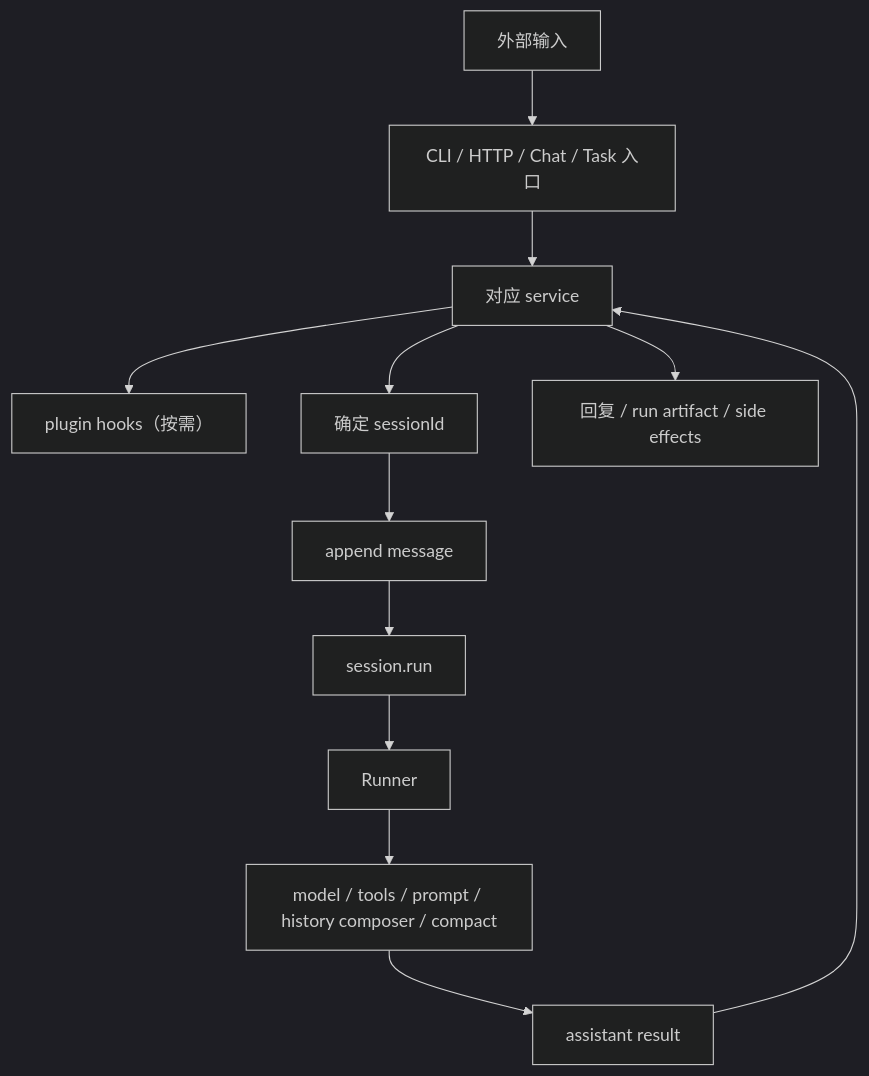
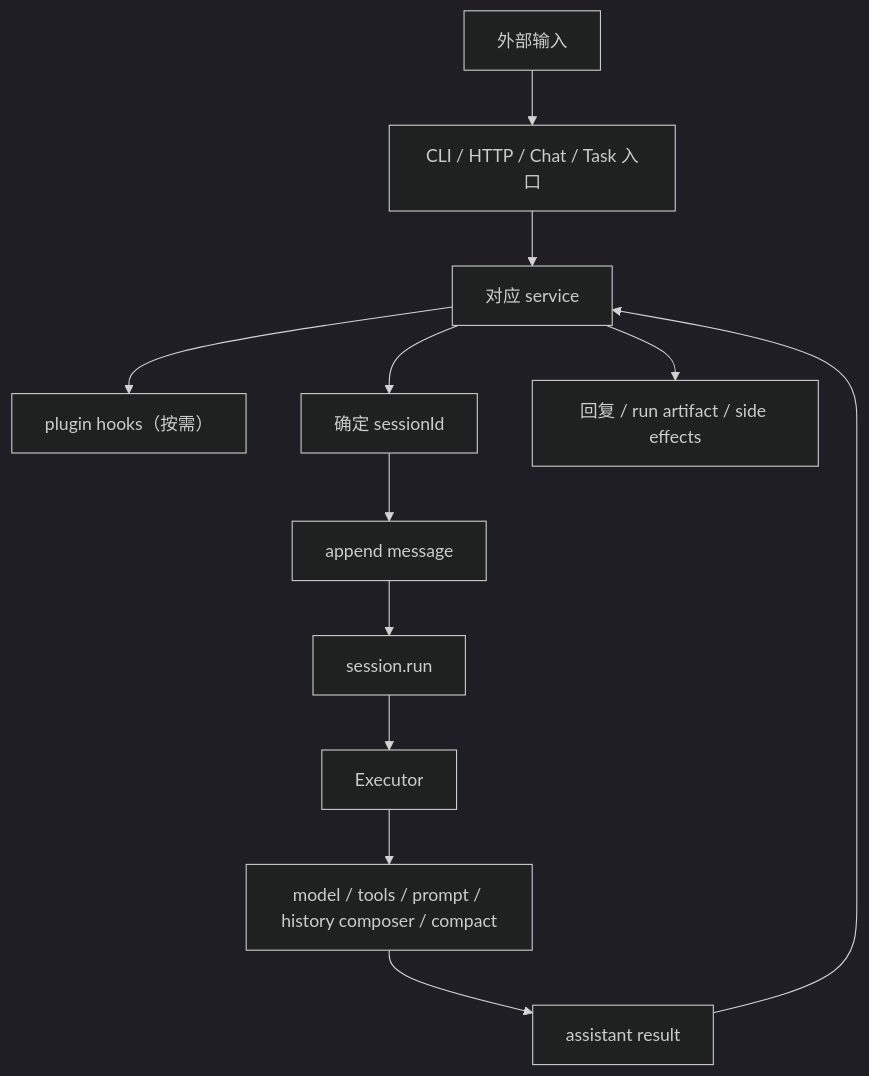
The third of 3 diagrams in homepage/content/devdocs/zh/architecture/system-logic.mdx (wangenius/downcity), drawn with Mermaid (dark theme) before and after one commit. The commit also changed other lines of this file and 46 other files, not shown here.

````diff
--- a/homepage/content/devdocs/zh/architecture/system-logic.mdx
+++ b/homepage/content/devdocs/zh/architecture/system-logic.mdx
@@ -179,14 +179,14 @@
 ```mermaid
 flowchart TD
   IN["外部输入"] --> ROUTE["CLI / HTTP / Chat / Task 入口"]
   ROUTE --> SERVICE["对应 service"]
   SERVICE --> HOOK["plugin hooks（按需）"]
   SERVICE --> SID["确定 sessionId"]
   SID --> APPEND["append message"]
   APPEND --> RUN["session.run"]
-  RUN --> CORE["Runner"]
+  RUN --> CORE["Executor"]
   CORE --> MODEL["model / tools / prompt / history composer / compact"]
   MODEL --> RES["assistant result"]
   RES --> SERVICE
   SERVICE --> OUT["回复 / run artifact / side effects"]
 ```
````
